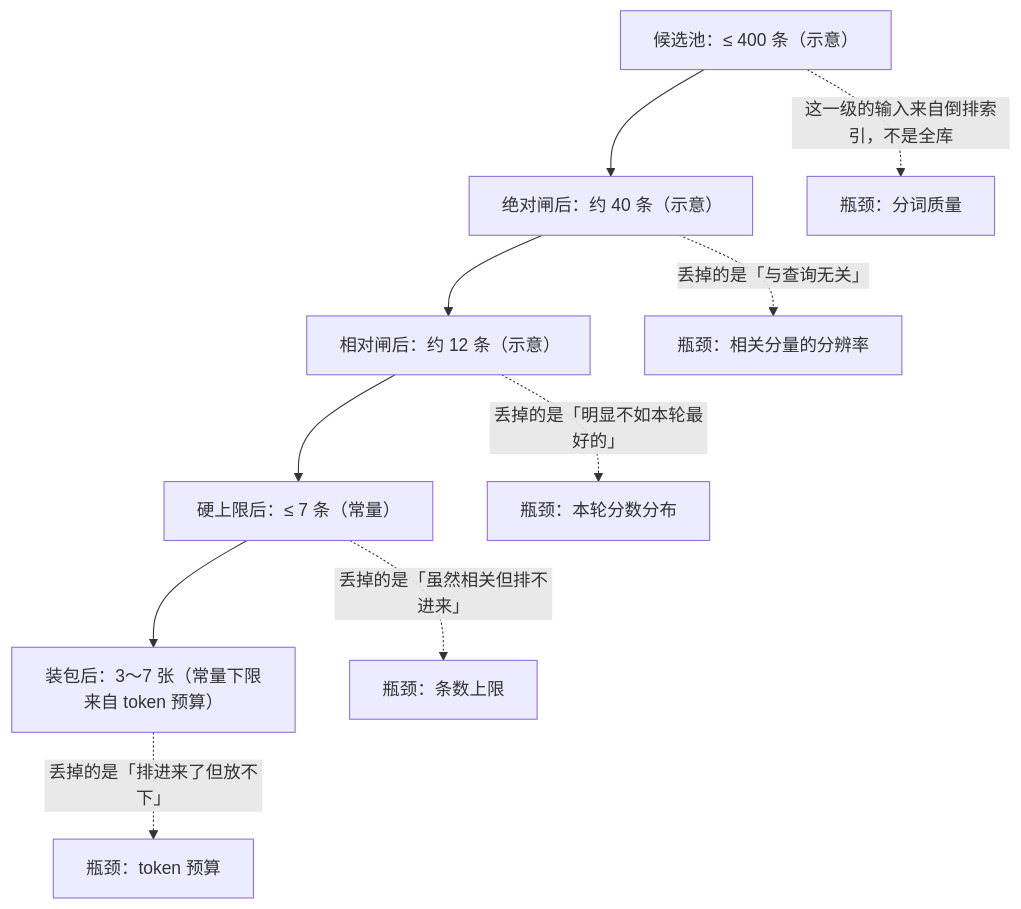
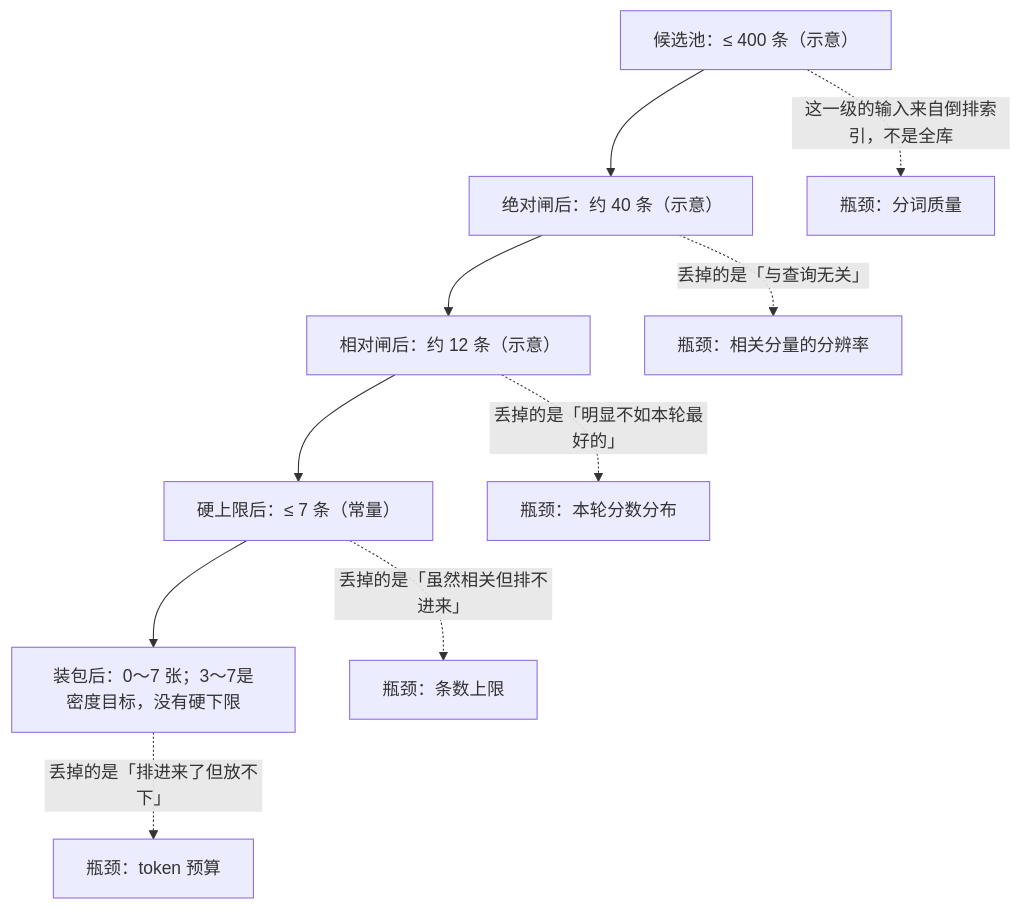
One commit to liruilong9999/memory changed diagram 13 of 21 in docs/docs_new/11-时序图与流程图集.md. Above: the diagram before and after it, drawn with Mermaid. The commit also changed other lines of this file and 13 other files, not shown here.

````diff
--- a/docs/docs_new/11-时序图与流程图集.md
+++ b/docs/docs_new/11-时序图与流程图集.md
@@ -608,13 +576,13 @@
 ```mermaid
 flowchart TD
     A["候选池：≤ 400 条（示意）"] --> B["绝对闸后：约 40 条（示意）"]
     B --> C["相对闸后：约 12 条（示意）"]
     C --> D["硬上限后：≤ 7 条（常量）"]
-    D --> E["装包后：3～7 张（常量下限来自 token 预算）"]
+    D --> E["装包后：0～7 张；3～7是密度目标，没有硬下限"]
 
     A -.->|"这一级的输入来自倒排索引，不是全库"| A2[瓶颈：分词质量]
     B -.->|"丢掉的是「与查询无关」"| B2[瓶颈：相关分量的分辨率]
     C -.->|"丢掉的是「明显不如本轮最好的」"| C2[瓶颈：本轮分数分布]
     D -.->|"丢掉的是「虽然相关但排不进来」"| D2[瓶颈：条数上限]
     E -.->|"丢掉的是「排进来了但放不下」"| E2[瓶颈：token 预算]
 ```
````
